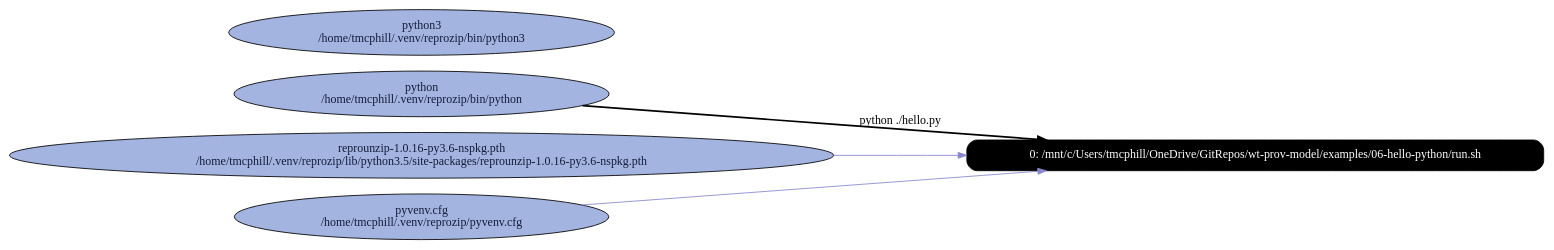
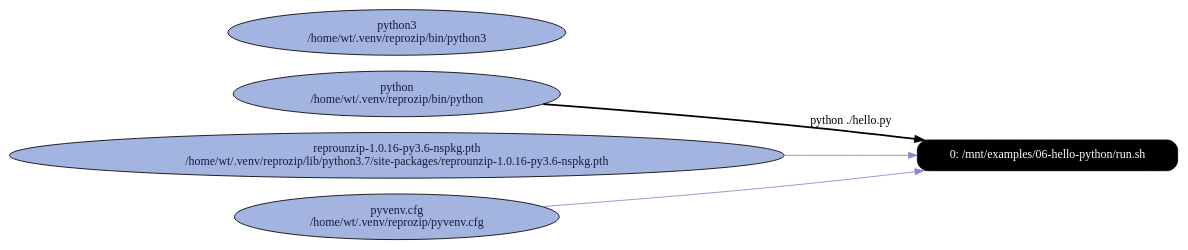
The diagram in examples/06-hello-python/graphs/rpz_A_run_with_input_and_output_files.dot (CIRSS/cpr), drawn with Graphviz before and after one commit. The commit also changed 129 other files, not shown here.

Commit message:
Examples now all run via Docker image

```diff
--- a/examples/06-hello-python/graphs/rpz_A_run_with_input_and_output_files.dot
+++ b/examples/06-hello-python/graphs/rpz_A_run_with_input_and_output_files.dot
@@ -1,19 +1,19 @@
 digraph G {
     rankdir=LR;
 
     /* programs */
     node [shape=box fontcolor=white fillcolor=black style="filled,rounded"];
-    run0 [label="0: /mnt/c/Users/tmcphill/OneDrive/GitRepos/wt-prov-model/examples/06-hello-python/run.sh"];
+    run0 [label="0: /mnt/examples/06-hello-python/run.sh"];
 
     node [shape=ellipse fontcolor="#131C39" fillcolor="#C9D2ED"];
 
     /* other files */
-    "/home/tmcphill/.venv/reprozip/bin/python" [fillcolor="#A3B4E0", label="python\n/home/tmcphill/.venv/reprozip/bin/python"];
-    "/home/tmcphill/.venv/reprozip/bin/python3" [fillcolor="#A3B4E0", label="python3\n/home/tmcphill/.venv/reprozip/bin/python3"];
-    "/home/tmcphill/.venv/reprozip/lib/python3.5/site-packages/reprounzip-1.0.16-py3.6-nspkg.pth" [fillcolor="#A3B4E0", label="reprounzip-1.0.16-py3.6-nspkg.pth\n/home/tmcphill/.venv/reprozip/lib/python3.5/site-packages/reprounzip-1.0.16-py3.6-nspkg.pth"];
-    "/home/tmcphill/.venv/reprozip/pyvenv.cfg" [fillcolor="#A3B4E0", label="pyvenv.cfg\n/home/tmcphill/.venv/reprozip/pyvenv.cfg"];
+    "/home/wt/.venv/reprozip/bin/python" [fillcolor="#A3B4E0", label="python\n/home/wt/.venv/reprozip/bin/python"];
+    "/home/wt/.venv/reprozip/bin/python3" [fillcolor="#A3B4E0", label="python3\n/home/wt/.venv/reprozip/bin/python3"];
+    "/home/wt/.venv/reprozip/lib/python3.7/site-packages/reprounzip-1.0.16-py3.6-nspkg.pth" [fillcolor="#A3B4E0", label="reprounzip-1.0.16-py3.6-nspkg.pth\n/home/wt/.venv/reprozip/lib/python3.7/site-packages/reprounzip-1.0.16-py3.6-nspkg.pth"];
+    "/home/wt/.venv/reprozip/pyvenv.cfg" [fillcolor="#A3B4E0", label="pyvenv.cfg\n/home/wt/.venv/reprozip/pyvenv.cfg"];
 
-    "/home/tmcphill/.venv/reprozip/bin/python" -> run0 [style=bold, label="python ./hello.py"];
-    "/home/tmcphill/.venv/reprozip/pyvenv.cfg" -> run0 [color="#8888CC"];
-    "/home/tmcphill/.venv/reprozip/lib/python3.5/site-packages/reprounzip-1.0.16-py3.6-nspkg.pth" -> run0 [color="#8888CC"];
+    "/home/wt/.venv/reprozip/bin/python" -> run0 [style=bold, label="python ./hello.py"];
+    "/home/wt/.venv/reprozip/pyvenv.cfg" -> run0 [color="#8888CC"];
+    "/home/wt/.venv/reprozip/lib/python3.7/site-packages/reprounzip-1.0.16-py3.6-nspkg.pth" -> run0 [color="#8888CC"];
 }
```
